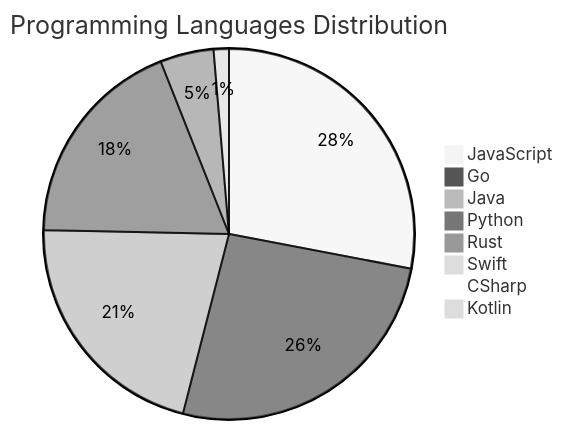
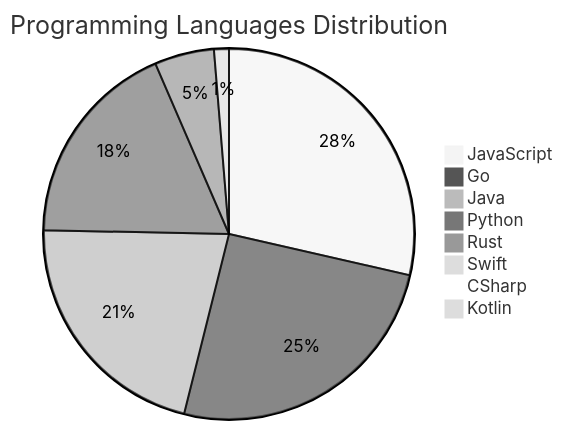
One commit to Derrick-MUGISHA/github-activity-bot changed the diagram in README.md. Above: the diagram before and after it, drawn with Mermaid (neutral theme). The commit also changed other lines of this file and 4 other files, not shown here.

````diff
--- a/README.md
+++ b/README.md
@@ -208,11 +208,11 @@
 ```mermaid
 pie title Programming Languages Distribution
-    "JavaScript" : 42
+    "JavaScript" : 44
     "Go" : 39
-    "Java" : 32
+    "Java" : 33
     "Python" : 28
-    "Rust" : 7
+    "Rust" : 8
     "Swift" : 2
     "CSharp" : 1
     "Kotlin" : 1
 ```
````
